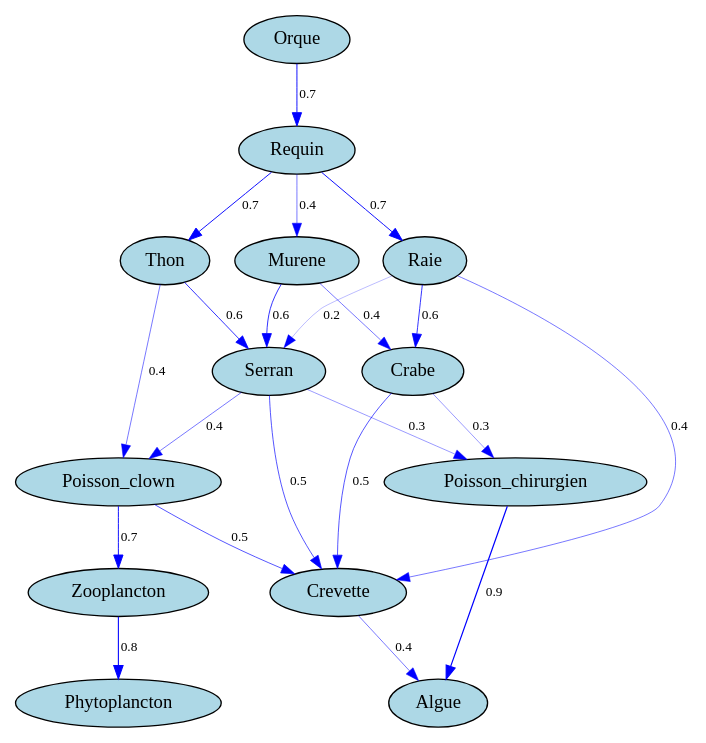
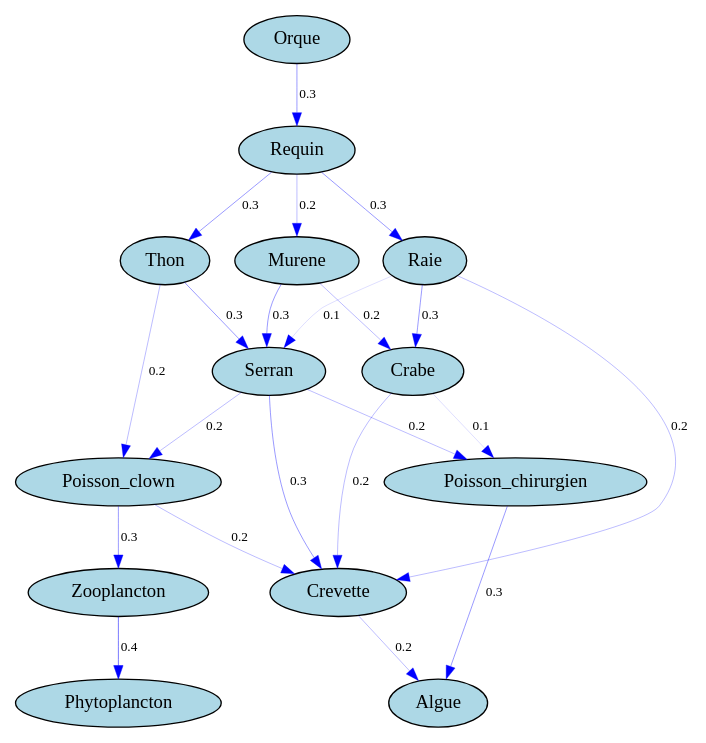
One commit to AliceDecock/ing2-trohic-2024-8-4 changed the diagram in TestR1/TestR1/cmake-build-debug/reseau_trophique.dot. Above: the diagram before and after it, drawn with Graphviz. The commit also changed 25 other files, not shown here.

```diff
--- a/TestR1/TestR1/cmake-build-debug/reseau_trophique.dot
+++ b/TestR1/TestR1/cmake-build-debug/reseau_trophique.dot
@@ -1,25 +1,25 @@
 digraph trophic_network {
     node [style=filled, fillcolor=lightblue, fontcolor=black];
     edge [color=gray, fontsize=10];
-    "Crevette" -> "Algue" [label="0.4", color=blue, penwidth=0.4];
-    "Poisson_chirurgien" -> "Algue" [label="0.9", color=blue, penwidth=0.9];
-    "Zooplancton" -> "Phytoplancton" [label="0.8", color=blue, penwidth=0.8];
-    "Poisson_clown" -> "Crevette" [label="0.5", color=blue, penwidth=0.5];
-    "Poisson_clown" -> "Zooplancton" [label="0.7", color=blue, penwidth=0.7];
-    "Thon" -> "Poisson_clown" [label="0.4", color=blue, penwidth=0.4];
-    "Thon" -> "Serran" [label="0.6", color=blue, penwidth=0.6];
-    "Serran" -> "Crevette" [label="0.5", color=blue, penwidth=0.5];
-    "Serran" -> "Poisson_chirurgien" [label="0.3", color=blue, penwidth=0.3];
-    "Serran" -> "Poisson_clown" [label="0.4", color=blue, penwidth=0.4];
-    "Raie" -> "Crevette" [label="0.4", color=blue, penwidth=0.4];
-    "Raie" -> "Serran" [label="0.2", color=blue, penwidth=0.2];
-    "Raie" -> "Crabe" [label="0.6", color=blue, penwidth=0.6];
-    "Crabe" -> "Crevette" [label="0.5", color=blue, penwidth=0.5];
-    "Crabe" -> "Poisson_chirurgien" [label="0.3", color=blue, penwidth=0.3];
-    "Requin" -> "Thon" [label="0.7", color=blue, penwidth=0.7];
-    "Requin" -> "Raie" [label="0.7", color=blue, penwidth=0.7];
-    "Requin" -> "Murene" [label="0.4", color=blue, penwidth=0.4];
-    "Murene" -> "Serran" [label="0.6", color=blue, penwidth=0.6];
-    "Murene" -> "Crabe" [label="0.4", color=blue, penwidth=0.4];
-    "Orque" -> "Requin" [label="0.7", color=blue, penwidth=0.7];
+    "Crevette" -> "Algue" [label="0.2", color=blue, penwidth=0.2];
+    "Poisson_chirurgien" -> "Algue" [label="0.3", color=blue, penwidth=0.3];
+    "Zooplancton" -> "Phytoplancton" [label="0.4", color=blue, penwidth=0.4];
+    "Poisson_clown" -> "Crevette" [label="0.2", color=blue, penwidth=0.2];
+    "Poisson_clown" -> "Zooplancton" [label="0.3", color=blue, penwidth=0.3];
+    "Thon" -> "Poisson_clown" [label="0.2", color=blue, penwidth=0.2];
+    "Thon" -> "Serran" [label="0.3", color=blue, penwidth=0.3];
+    "Serran" -> "Crevette" [label="0.3", color=blue, penwidth=0.3];
+    "Serran" -> "Poisson_chirurgien" [label="0.2", color=blue, penwidth=0.2];
+    "Serran" -> "Poisson_clown" [label="0.2", color=blue, penwidth=0.2];
+    "Raie" -> "Crevette" [label="0.2", color=blue, penwidth=0.2];
+    "Raie" -> "Serran" [label="0.1", color=blue, penwidth=0.1];
+    "Raie" -> "Crabe" [label="0.3", color=blue, penwidth=0.3];
+    "Crabe" -> "Crevette" [label="0.2", color=blue, penwidth=0.2];
+    "Crabe" -> "Poisson_chirurgien" [label="0.1", color=blue, penwidth=0.1];
+    "Requin" -> "Thon" [label="0.3", color=blue, penwidth=0.3];
+    "Requin" -> "Raie" [label="0.3", color=blue, penwidth=0.3];
+    "Requin" -> "Murene" [label="0.2", color=blue, penwidth=0.2];
+    "Murene" -> "Serran" [label="0.3", color=blue, penwidth=0.3];
+    "Murene" -> "Crabe" [label="0.2", color=blue, penwidth=0.2];
+    "Orque" -> "Requin" [label="0.3", color=blue, penwidth=0.3];
 }
```
